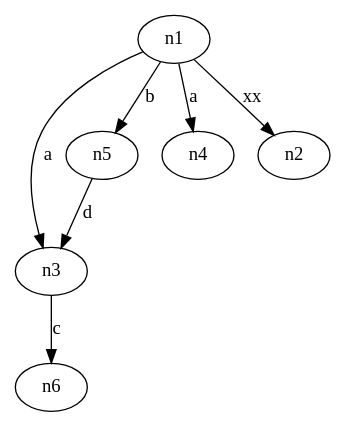
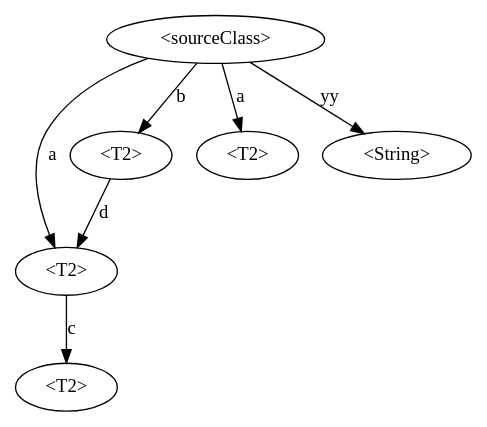
The diagram in AliasingImpl/source/t.dot (varivera/aliasing-java), drawn with Graphviz before and after one commit. The commit also changed 11 other files, not shown here.

```diff
--- a/AliasingImpl/source/t.dot
+++ b/AliasingImpl/source/t.dot
@@ -1,14 +1,14 @@
 digraph G {
 n3->n6 [label="c"]
 n5->n3 [label="d"]
 n1->n5 [label="b"]
 n1->n4 [label="a"]
 n1->n3 [label="a"]
-n1->n2 [label="xx"]
-n1[label="n1"]
-n2[label="n2"]
-n3[label="n3"]
-n4[label="n4"]
-n5[label="n5"]
-n6[label="n6"]
+n1->n2 [label="yy"]
+n1[label="<sourceClass>"]
+n2[label="<String>"]
+n3[label="<T2>"]
+n4[label="<T2>"]
+n5[label="<T2>"]
+n6[label="<T2>"]
 }
```
